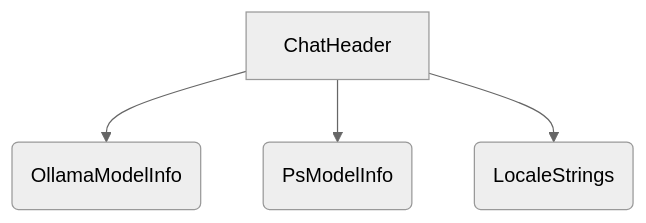
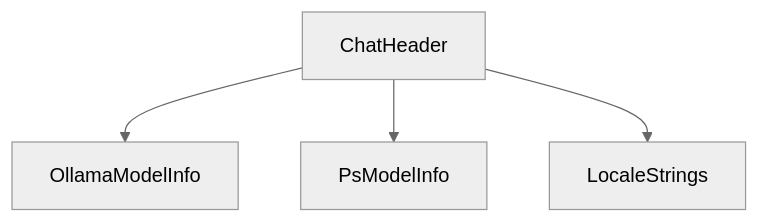
One commit to DovahkiinYuzuko/ddo-saba changed the diagram in docs/variables'n'functions/TypeScript/[TypeScript]ChatHeader.md. Above: the diagram before and after it, drawn with Mermaid (neutral theme). The commit also changed other lines of this file and 1 other file, not shown here.

Commit message:
[docs] 変数関数仕様書を更新（ChatHeaderおよびSettingsModalから言語切り替えプロパティを削除）

````diff
--- a/docs/variables'n'functions/TypeScript/[TypeScript]ChatHeader.md
+++ b/docs/variables'n'functions/TypeScript/[TypeScript]ChatHeader.md
@@ -22,6 +17,6 @@
 ```mermaid
 graph TD
-    A[ChatHeader] --> B(OllamaModelInfo)
-    A --> C(PsModelInfo)
-    A --> D(LocaleStrings)
+    ChatHeader --> OllamaModelInfo
+    ChatHeader --> PsModelInfo
+    ChatHeader --> LocaleStrings
 ```
````
